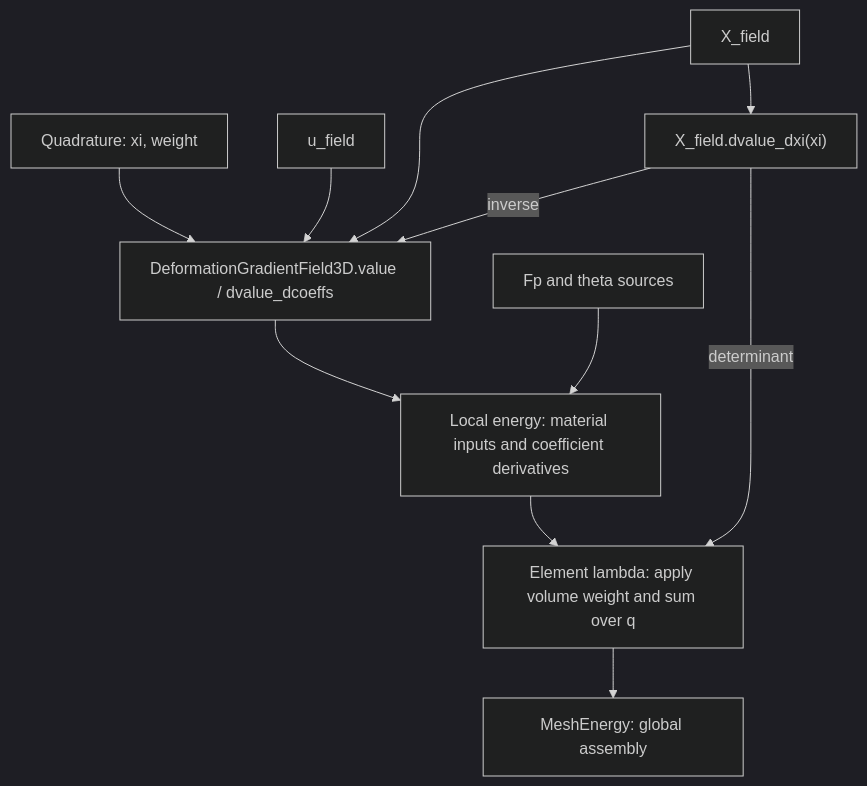
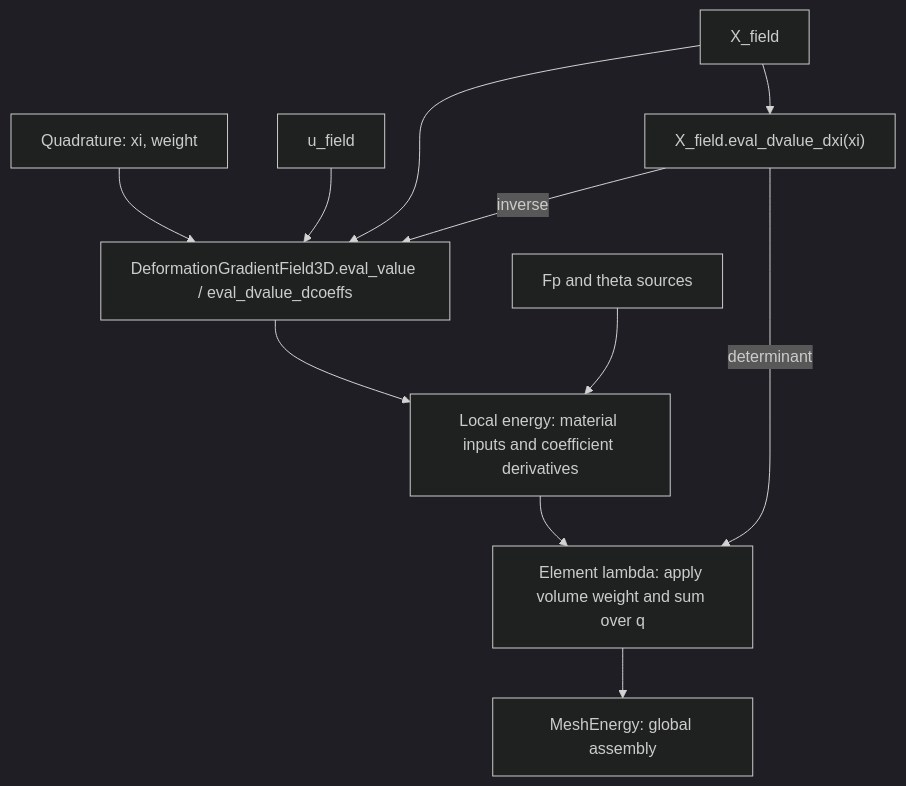
The diagram in example/fem/README.md (annajcy/litepgo), drawn with Mermaid (dark theme) before and after one commit. The commit also changed other lines of this file and 89 other files, not shown here.

````diff
--- a/example/fem/README.md
+++ b/example/fem/README.md
@@ -5,13 +5,13 @@
 ```mermaid
 flowchart TD
-    Q["Quadrature: xi, weight"] --> D["DeformationGradientField3D.value / dvalue_dcoeffs"]
+    Q["Quadrature: xi, weight"] --> D["DeformationGradientField3D.eval_value / eval_dvalue_dcoeffs"]
     U["u_field"] --> D
     X["X_field"] --> D
     D --> L["Local energy: material inputs and coefficient derivatives"]
-    X --> M["X_field.dvalue_dxi(xi)"]
+    X --> M["X_field.eval_dvalue_dxi(xi)"]
     M -->|inverse| D
     M -->|determinant| I
     P["Fp and theta sources"] --> L
     L --> I["Element lambda: apply volume weight and sum over q"]
     I --> A["MeshEnergy: global assembly"]
 ```
````
